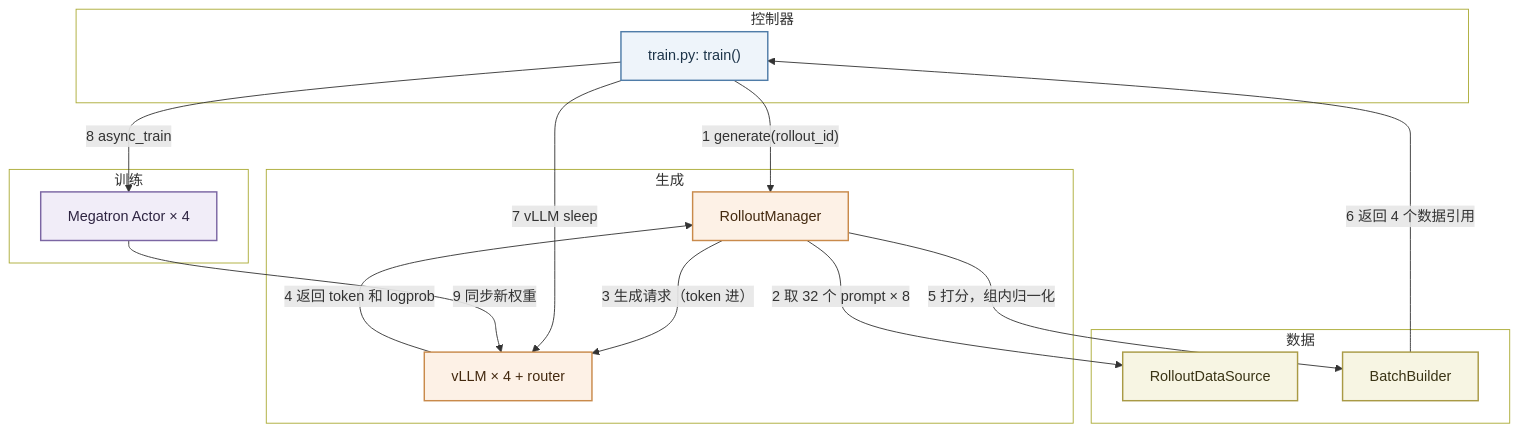
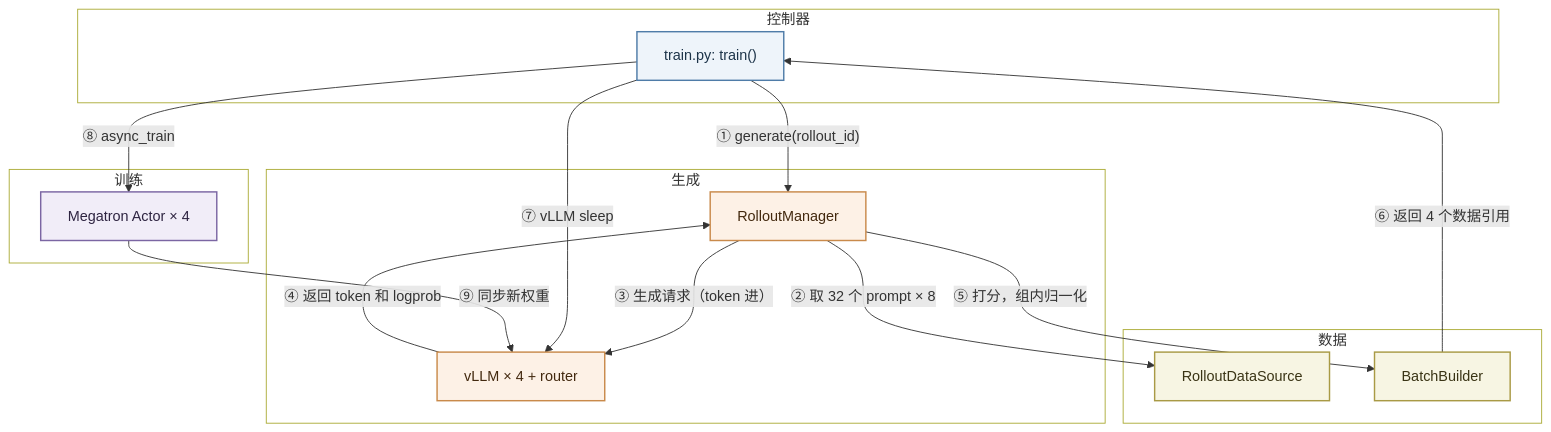
One commit to lxy-alexander/VoidIndex changed the first of 3 diagrams in src/content/posts/vime-arch.md. Above: the diagram before and after it, drawn with Mermaid. The commit also changed other lines of this file and 8 other files, not shown here.

Commit message:
Use circled step numbers in architecture diagrams

````diff
--- a/src/content/posts/vime-arch.md
+++ b/src/content/posts/vime-arch.md
@@ -30,38 +30,38 @@
 ```mermaid
 flowchart TB
     subgraph CTRL["控制器"]
         T["train.py: train()"]
     end
     subgraph GEN["生成"]
         RM["RolloutManager"]
         VL["vLLM × 4 + router"]
     end
     subgraph DATA["数据"]
         DS["RolloutDataSource"]
         BB["BatchBuilder"]
     end
     subgraph TRAIN["训练"]
         A["Megatron Actor × 4"]
     end
-    T -- "1 generate(rollout_id)" --> RM
-    RM -- "2 取 32 个 prompt × 8" --> DS
-    RM -- "3 生成请求（token 进）" --> VL
-    VL -- "4 返回 token 和 logprob" --> RM
-    RM -- "5 打分，组内归一化" --> BB
-    BB -- "6 返回 4 个数据引用" --> T
-    T -- "7 vLLM sleep" --> VL
-    T -- "8 async_train" --> A
-    A -- "9 同步新权重" --> VL
+    T -- "① generate(rollout_id)" --> RM
+    RM -- "② 取 32 个 prompt × 8" --> DS
+    RM -- "③ 生成请求（token 进）" --> VL
+    VL -- "④ 返回 token 和 logprob" --> RM
+    RM -- "⑤ 打分，组内归一化" --> BB
+    BB -- "⑥ 返回 4 个数据引用" --> T
+    T -- "⑦ vLLM sleep" --> VL
+    T -- "⑧ async_train" --> A
+    A -- "⑨ 同步新权重" --> VL
     style CTRL fill:transparent
     style GEN fill:transparent
     style DATA fill:transparent
     style TRAIN fill:transparent
     classDef ctrl fill:#EEF4FA,stroke:#4F7CA8,stroke-width:1.6px,color:#1D3449
     classDef gen fill:#FDF1E6,stroke:#C98A4B,stroke-width:1.6px,color:#43290F
     classDef data fill:#F7F5E3,stroke:#A99A45,stroke-width:1.6px,color:#3A3415
     classDef train fill:#F1EDF8,stroke:#7B66A3,stroke-width:1.6px,color:#2E2441
     class T ctrl
     class RM,VL gen
     class DS,BB data
     class A train
 ```
````
